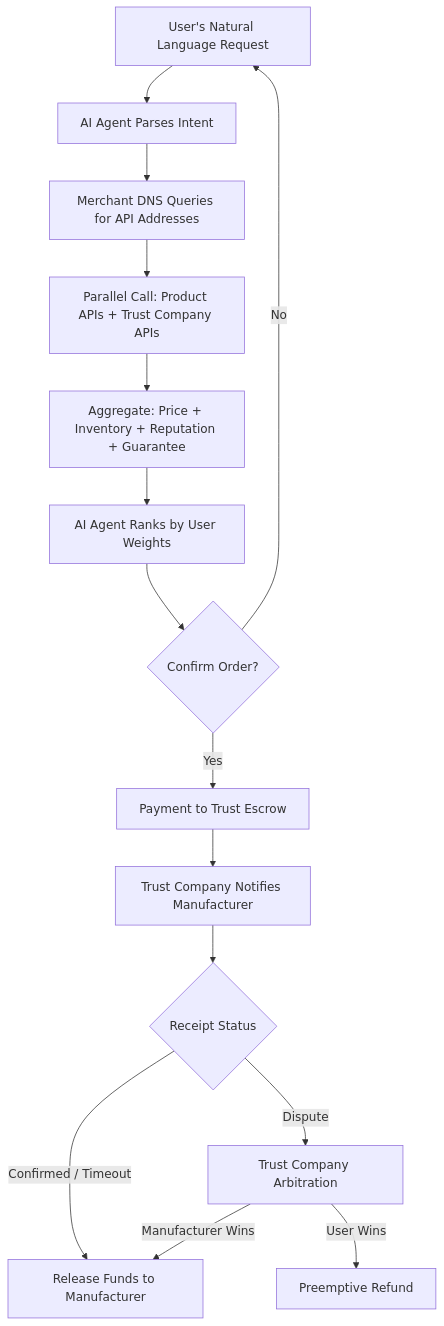
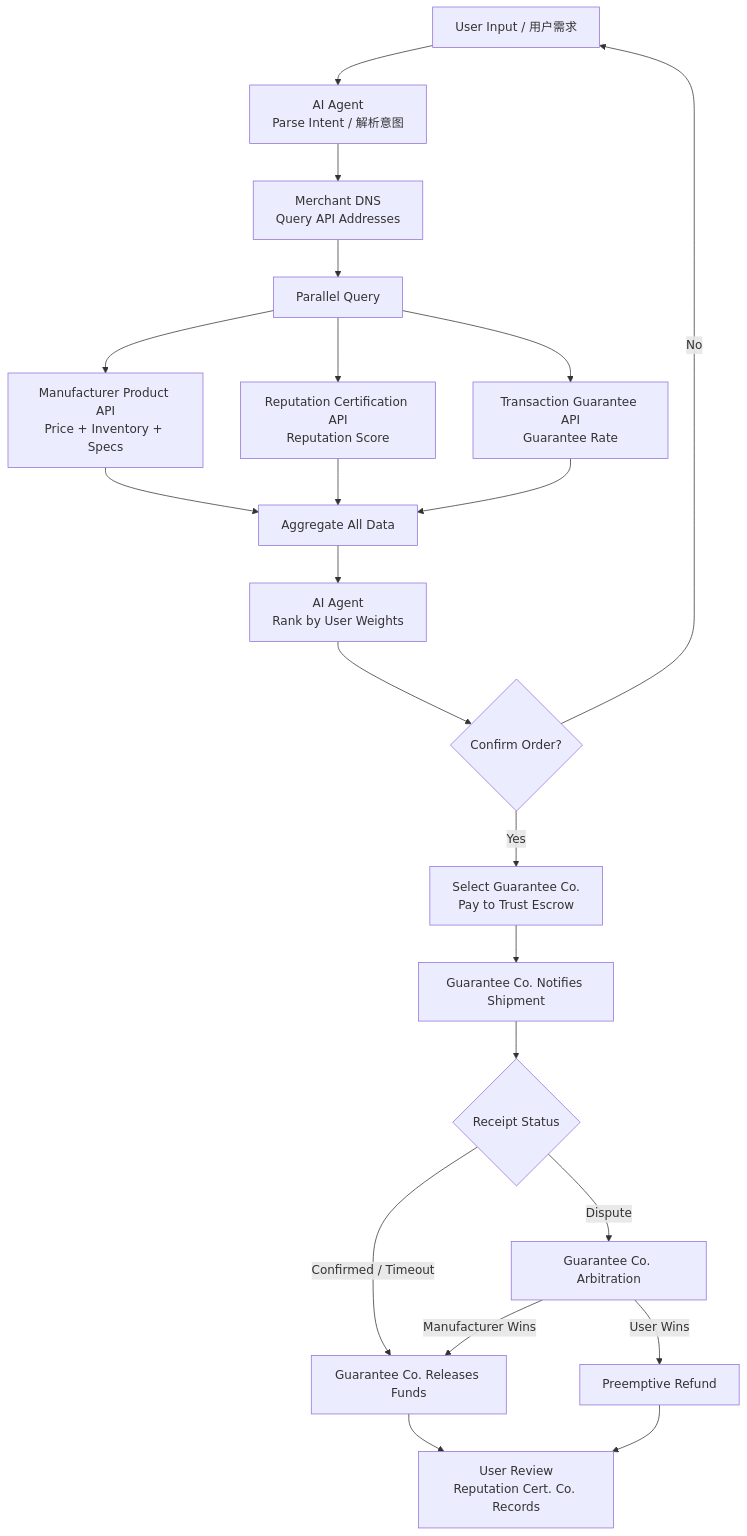
Before and after one commit to kaicen-x/ai-shopping-paradigm: the third of 3 diagrams in English/02-core-architecture-and-roles.md, drawn with Mermaid. The commit also changed other lines of this file and 4 other files, not shown here.

````diff
--- a/English/02-core-architecture-and-roles.md
+++ b/English/02-core-architecture-and-roles.md
@@ -187,17 +289,24 @@
 ```mermaid
 flowchart TD
- A[User's Natural Language Request] --> B[AI Agent Parses Intent]
- B --> C[Merchant DNS Queries for API Addresses]
- C --> D[Parallel Call: Product APIs + Trust Company APIs]
- D --> E[Aggregate: Price + Inventory + Reputation + Guarantee]
- E --> F[AI Agent Ranks by User Weights]
- F --> G{Confirm Order?}
- G -->|No| A
- G -->|Yes| H[Payment to Trust Escrow]
- H --> I[Trust Company Notifies Manufacturer]
- I --> J{Receipt Status}
- J -->|Confirmed / Timeout| K[Release Funds to Manufacturer]
- J -->|Dispute| L[Trust Company Arbitration]
- L -->|User Wins| M[Preemptive Refund]
- L -->|Manufacturer Wins| K
+    A[User Input / 用户需求] --> B[AI Agent<br/>Parse Intent / 解析意图]
+    B --> C[Merchant DNS<br/>Query API Addresses]
+    C --> D[Parallel Query]
+    D --> D1[Manufacturer Product API<br/>Price + Inventory + Specs]
+    D --> D2[Reputation Certification API<br/>Reputation Score]
+    D --> D3[Transaction Guarantee API<br/>Guarantee Rate]
+    D1 --> E[Aggregate All Data]
+    D2 --> E
+    D3 --> E
+    E --> F[AI Agent<br/>Rank by User Weights]
+    F --> G{Confirm Order?}
+    G -->|No| A
+    G -->|Yes| H[Select Guarantee Co.<br/>Pay to Trust Escrow]
+    H --> I[Guarantee Co. Notifies Shipment]
+    I --> J{Receipt Status}
+    J -->|Confirmed / Timeout| K[Guarantee Co. Releases Funds]
+    J -->|Dispute| L[Guarantee Co. Arbitration]
+    L -->|User Wins| M[Preemptive Refund]
+    L -->|Manufacturer Wins| K
+    K --> N[User Review<br/>Reputation Cert. Co. Records]
+    M --> N
 ```
````
